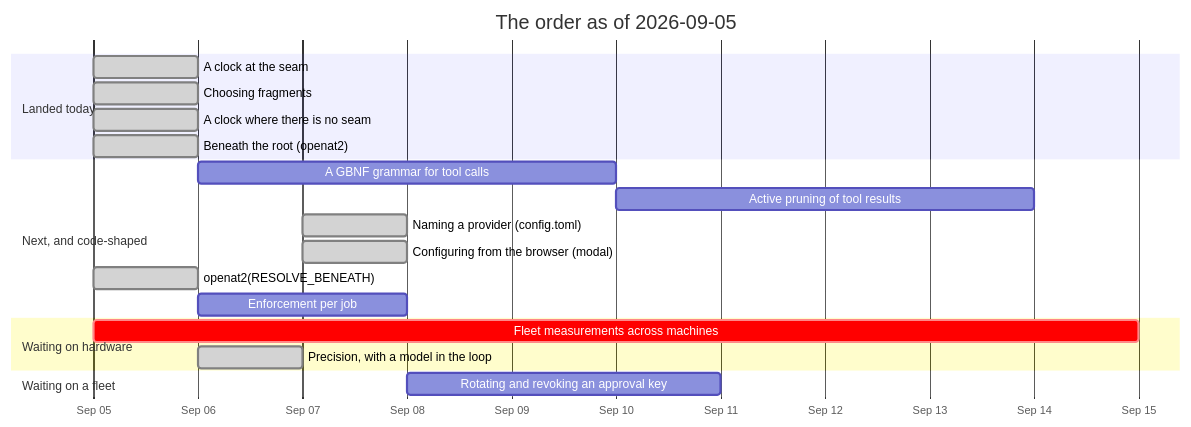
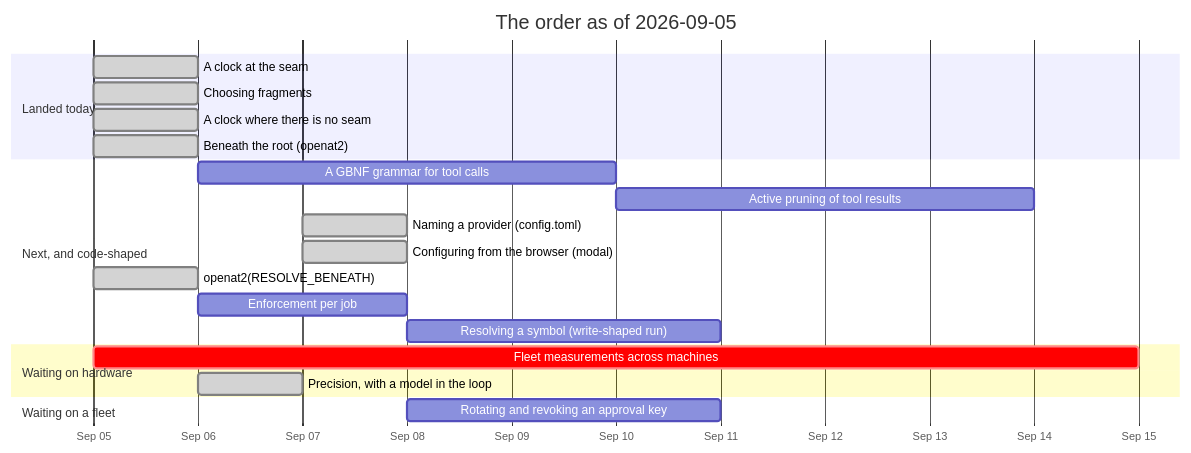
The diagram in ROADMAP/2026-09-05/README.md (jgermade/luu), drawn with Mermaid before and after one commit. The commit also changed other lines of this file and 1 other file, not shown here.

````diff
--- a/ROADMAP/2026-09-05/README.md
+++ b/ROADMAP/2026-09-05/README.md
@@ -43,23 +44,24 @@
 ```mermaid
 gantt
     title The order as of 2026-09-05
     dateFormat YYYY-MM-DD
     axisFormat %b %d
     section Landed today
     A clock at the seam                    :done, clock, 2026-09-05, 1d
     Choosing fragments                     :done, frag, 2026-09-05, 1d
     A clock where there is no seam         :done, hostclock, 2026-09-05, 1d
     Beneath the root (openat2)             :done, toctou2, 2026-09-05, 1d
     section Next, and code-shaped
     A GBNF grammar for tool calls          :gbnf, 2026-09-06, 4d
     Active pruning of tool results         :prune, after gbnf, 4d
     Naming a provider (config.toml)        :done, prov, 2026-09-07, 1d
     Configuring from the browser (modal)   :done, modal, 2026-09-07, 1d
     openat2(RESOLVE_BENEATH)               :done, toctou, 2026-09-05, 1d
     Enforcement per job                    :enf, 2026-09-06, 2d
+    Resolving a symbol (write-shaped run)  :sym, after enf, 3d
     section Waiting on hardware
     Fleet measurements across machines     :crit, bench, 2026-09-05, 10d
     Precision, with a model in the loop    :done, prec, 2026-09-06, 1d
     section Waiting on a fleet
     Rotating and revoking an approval key  :keys, after enf, 3d
 ```
````
